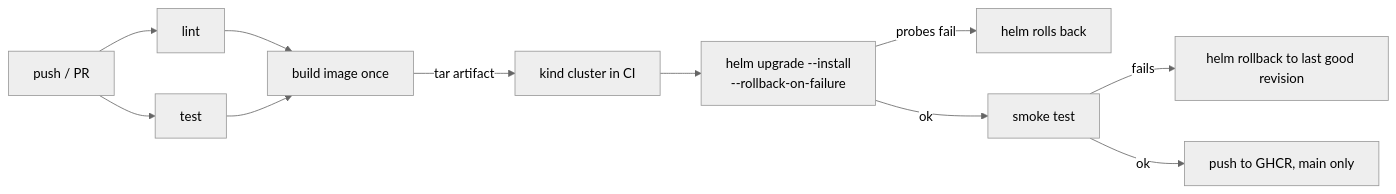
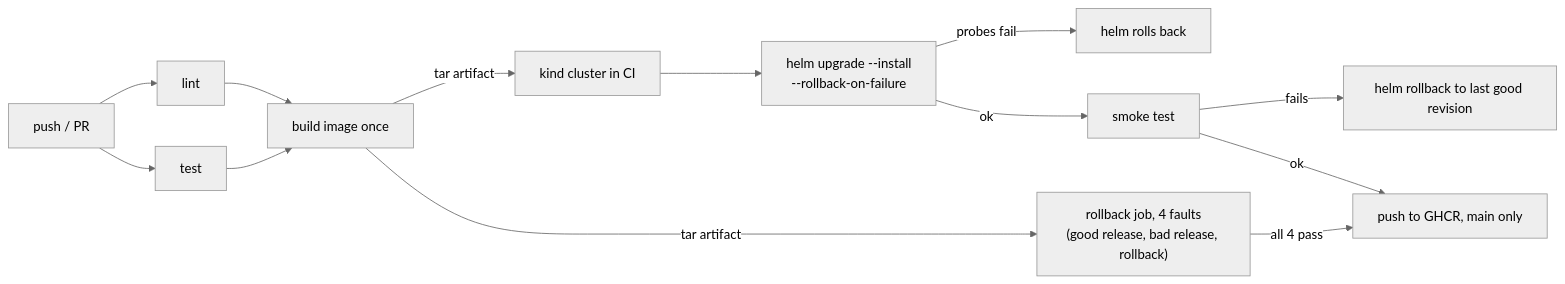
One commit to Walaskien/cicd-k8s-delivery changed the diagram in README.md. Above: the diagram before and after it, drawn with Mermaid (neutral theme). The commit also changed other lines of this file and 1 other file, not shown here.

Commit message:
ci: run the four rollback cases on every push, publish only after they pass

````diff
--- a/README.md
+++ b/README.md
@@ -13,13 +13,15 @@
 ```mermaid
 flowchart LR
     push[push / PR] --> lint
     push --> test
     lint --> build[build image once]
     test --> build
     build -->|tar artifact| kind[kind cluster in CI]
     kind --> up["helm upgrade --install<br/>--rollback-on-failure"]
     up -->|probes fail| rb1[helm rolls back]
     up -->|ok| smoke[smoke test]
     smoke -->|fails| rb2[helm rollback to last good revision]
     smoke -->|ok| pub[push to GHCR, main only]
+    build -->|tar artifact| rbk["rollback job, 4 faults<br/>(good release, bad release, rollback)"]
+    rbk -->|all 4 pass| pub
 ```
````
